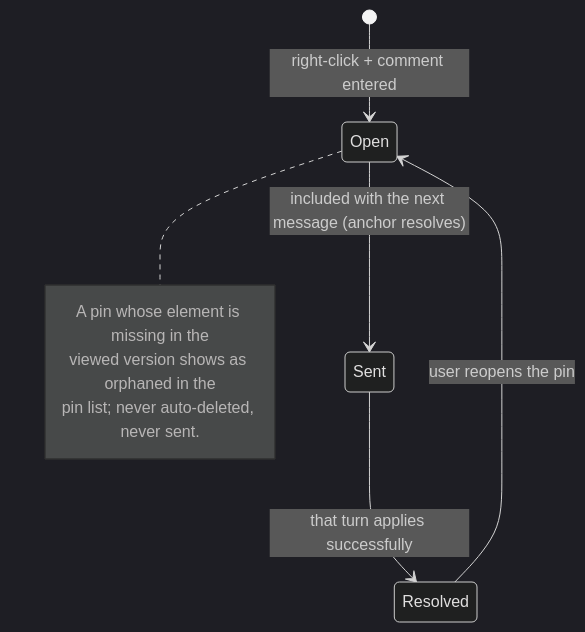
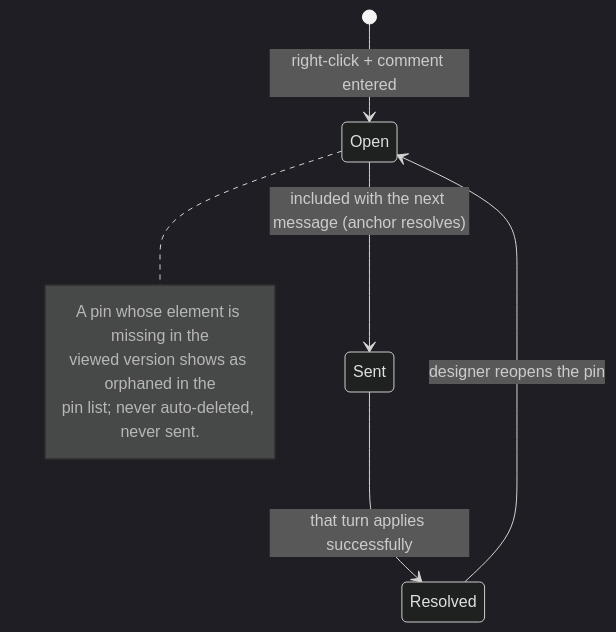
One commit to khmilevoi/termcraft changed the diagram in docs/architecture/flows/pins-and-selection.md. Above: the diagram before and after it, drawn with Mermaid (dark theme). The commit also changed other lines of this file and 4 other files, not shown here.

Commit message:
docs(architecture): final-review polish - role capitalization, designer terminology, picker naming

````diff
--- a/docs/architecture/flows/pins-and-selection.md
+++ b/docs/architecture/flows/pins-and-selection.md
@@ -3,12 +3,12 @@
 ```mermaid
 stateDiagram-v2
     [*] --> Open: right-click + comment entered
     Open --> Sent: included with the next message (anchor resolves)
     Sent --> Resolved: that turn applies successfully
-    Resolved --> Open: user reopens the pin
+    Resolved --> Open: designer reopens the pin
     note right of Open
         A pin whose element is missing in the
         viewed version shows as orphaned in the
         pin list; never auto-deleted, never sent.
     end note
 ```
````
